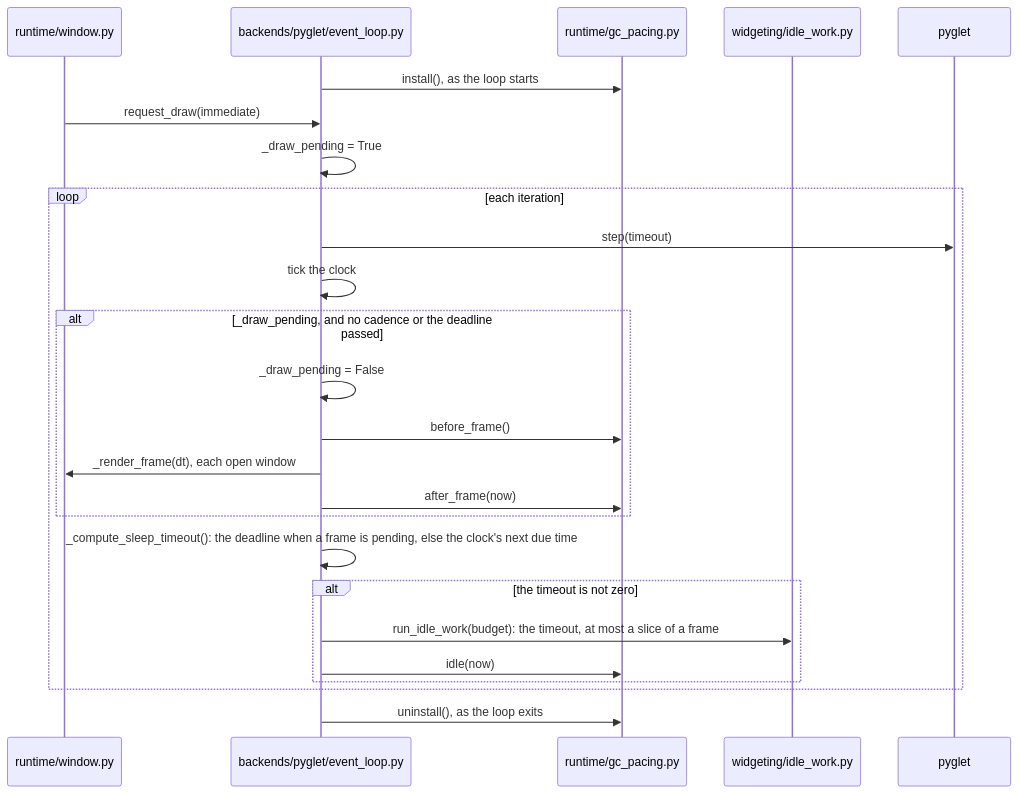
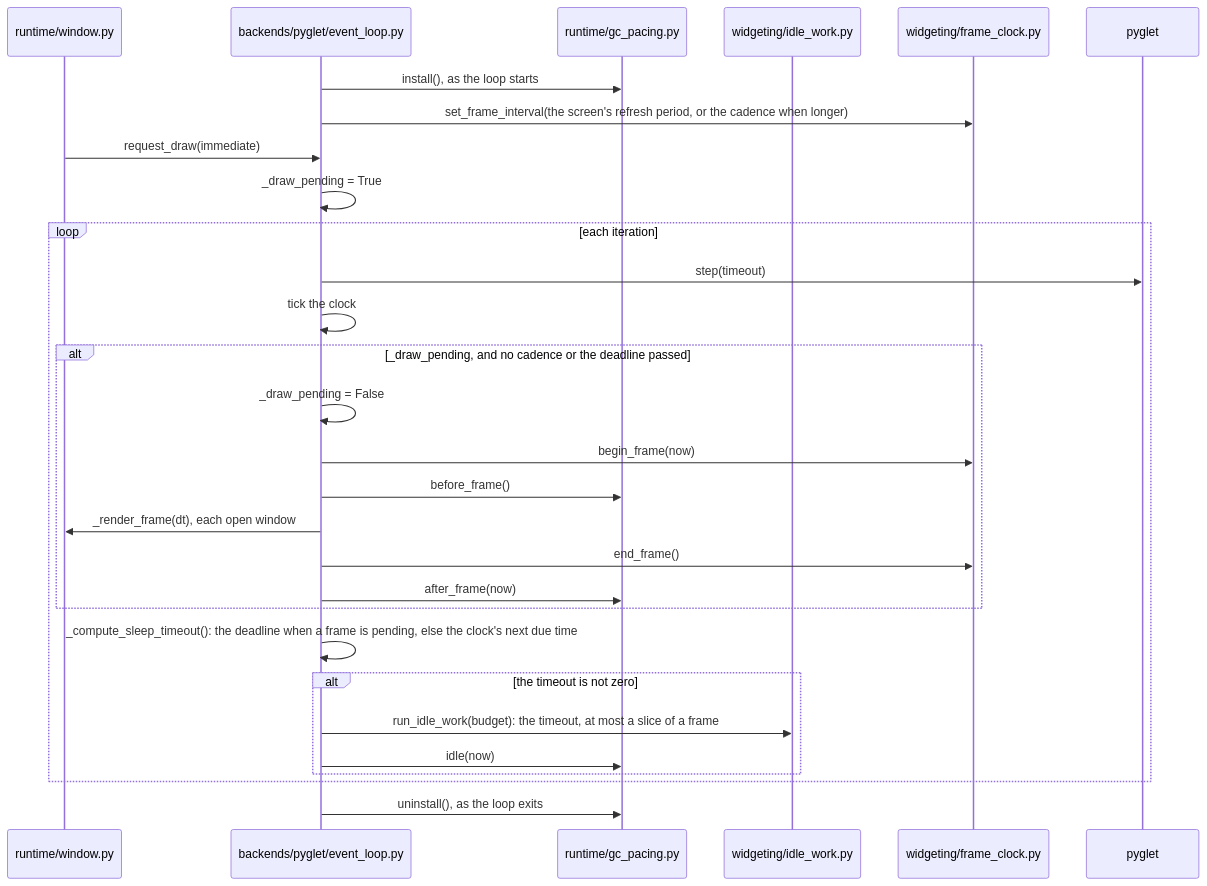
The third of 8 diagrams in docs/design/RENDERING_PIPELINE.md (yuksblog/nuiitivet), drawn with Mermaid before and after one commit. The commit also changed other lines of this file and 17 other files, not shown here.

````diff
--- a/docs/design/RENDERING_PIPELINE.md
+++ b/docs/design/RENDERING_PIPELINE.md
@@ -92,28 +96,32 @@
 ```mermaid
 sequenceDiagram
     participant W as runtime/window.py
     participant L as backends/pyglet/event_loop.py
     participant G as runtime/gc_pacing.py
     participant I as widgeting/idle_work.py
+    participant F as widgeting/frame_clock.py
     participant P as pyglet
 
     L->>G: install(), as the loop starts
+    L->>F: set_frame_interval(the screen's refresh period, or the cadence when longer)
     W->>L: request_draw(immediate)
     L->>L: _draw_pending = True
     loop each iteration
         L->>P: step(timeout)
         L->>L: tick the clock
         alt _draw_pending, and no cadence or the deadline passed
             L->>L: _draw_pending = False
+            L->>F: begin_frame(now)
             L->>G: before_frame()
             L->>W: _render_frame(dt), each open window
+            L->>F: end_frame()
             L->>G: after_frame(now)
         end
         L->>L: _compute_sleep_timeout(): the deadline when a frame is pending, else the clock's next due time
         alt the timeout is not zero
             L->>I: run_idle_work(budget): the timeout, at most a slice of a frame
             L->>G: idle(now)
         end
     end
     L->>G: uninstall(), as the loop exits
 ```
````
